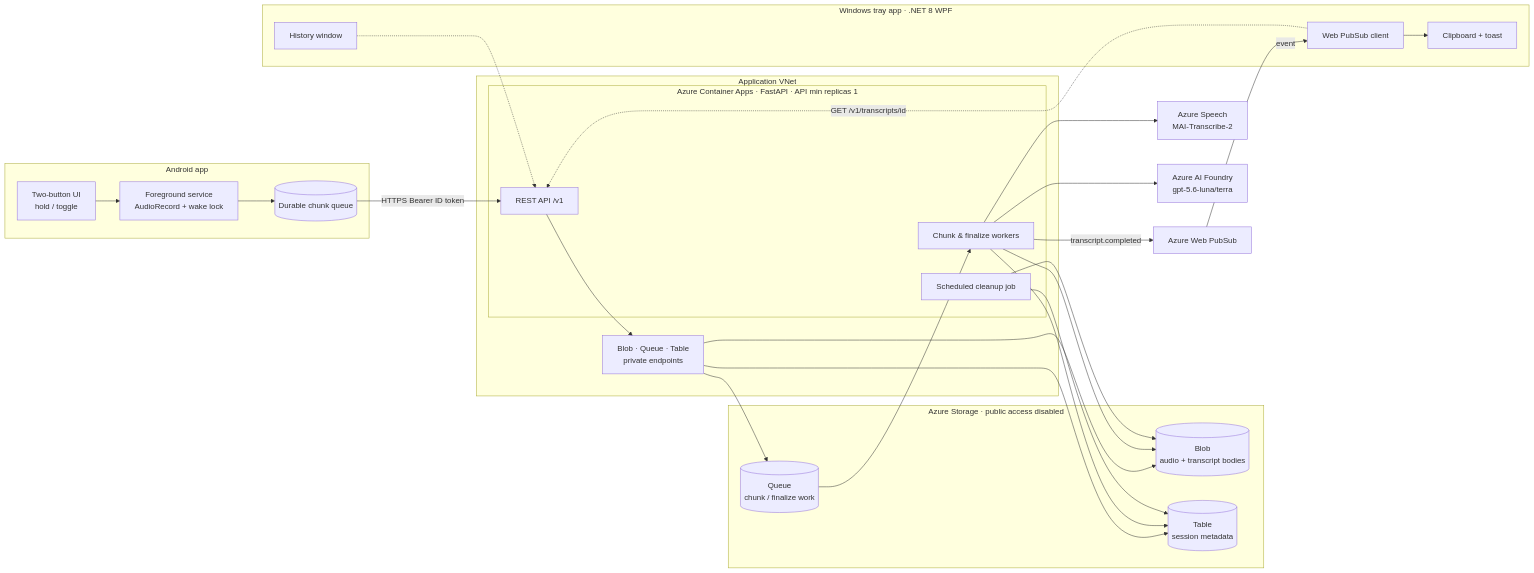
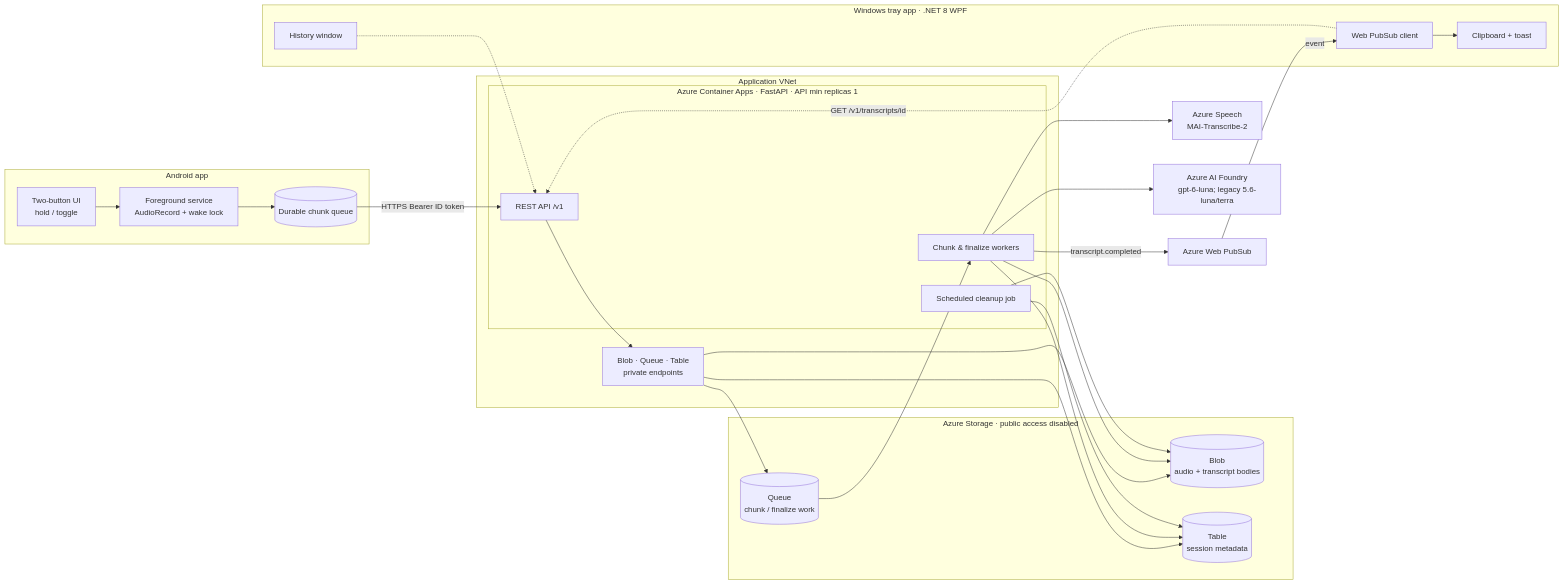
The first of 4 diagrams in docs/architecture.md (tkubica12/cot-voice-recorder), drawn with Mermaid before and after one commit. The commit also changed other lines of this file and 36 other files, not shown here.

First line of the commit message:
Release GPT-6 Luna dictation and bounded final polish

````diff
--- a/docs/architecture.md
+++ b/docs/architecture.md
@@ -30,51 +30,51 @@
 ```mermaid
 flowchart LR
   subgraph Phone[Android app]
     UI[Two-button UI<br/>hold / toggle]
     FS[Foreground service<br/>AudioRecord + wake lock]
     Q[(Durable chunk queue)]
     UI --> FS --> Q
   end
 
   subgraph VNET[Application VNet]
     subgraph Cloud[Azure Container Apps · FastAPI · API min replicas 1]
       API["REST API /v1"]
       W[Chunk & finalize workers]
       CLEAN[Scheduled cleanup job]
     end
     PE[Blob · Queue · Table<br/>private endpoints]
   end
 
   subgraph Data[Azure Storage · public access disabled]
     BLOB[(Blob<br/>audio + transcript bodies)]
     QUEUE[(Queue<br/>chunk / finalize work)]
     TABLE[(Table<br/>session metadata)]
   end
 
   SPEECH[Azure Speech<br/>MAI-Transcribe-2]
-  FND[Azure AI Foundry<br/>gpt-5.6-luna/terra]
+  FND[Azure AI Foundry<br/>gpt-6-luna; legacy 5.6-luna/terra]
   WPS[Azure Web PubSub]
 
   subgraph Tray[Windows tray app · .NET 8 WPF]
     LISTEN[Web PubSub client]
     CLIP[Clipboard + toast]
     HIST[History window]
   end
 
   Q -->|HTTPS Bearer ID token| API
   API --> PE
   PE --> BLOB
   PE --> QUEUE
   PE --> TABLE
   QUEUE --> W
   W --> BLOB
   W --> TABLE
   W --> SPEECH
   W --> FND
   W -->|transcript.completed| WPS
   CLEAN --> BLOB
   CLEAN --> TABLE
   WPS -->|event| LISTEN --> CLIP
   LISTEN -.->|GET /v1/transcripts/id| API
   HIST -.-> API
 ```
````
